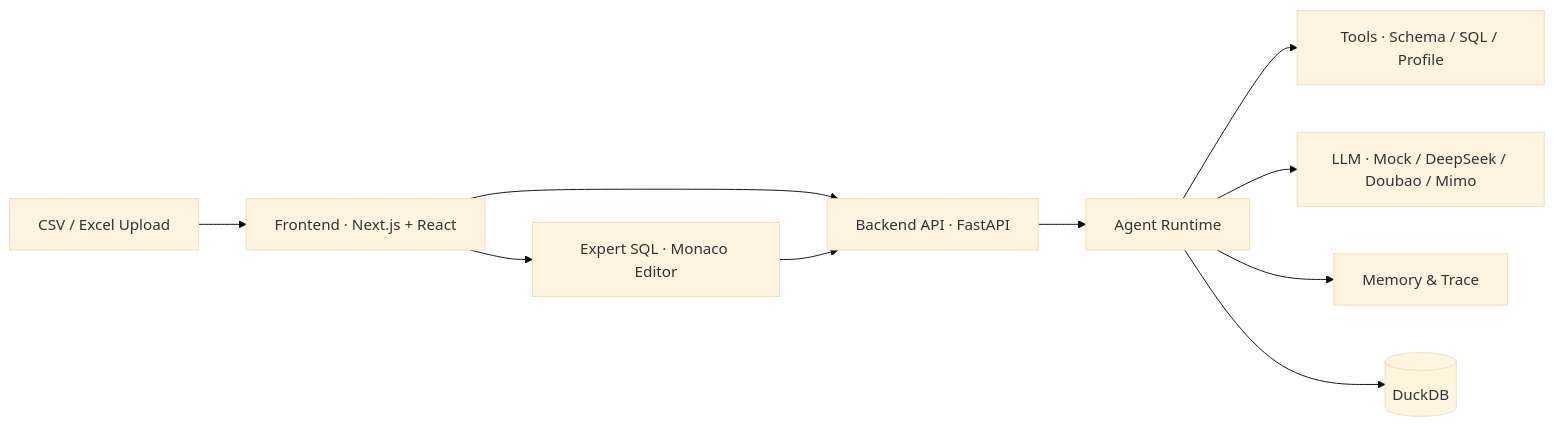
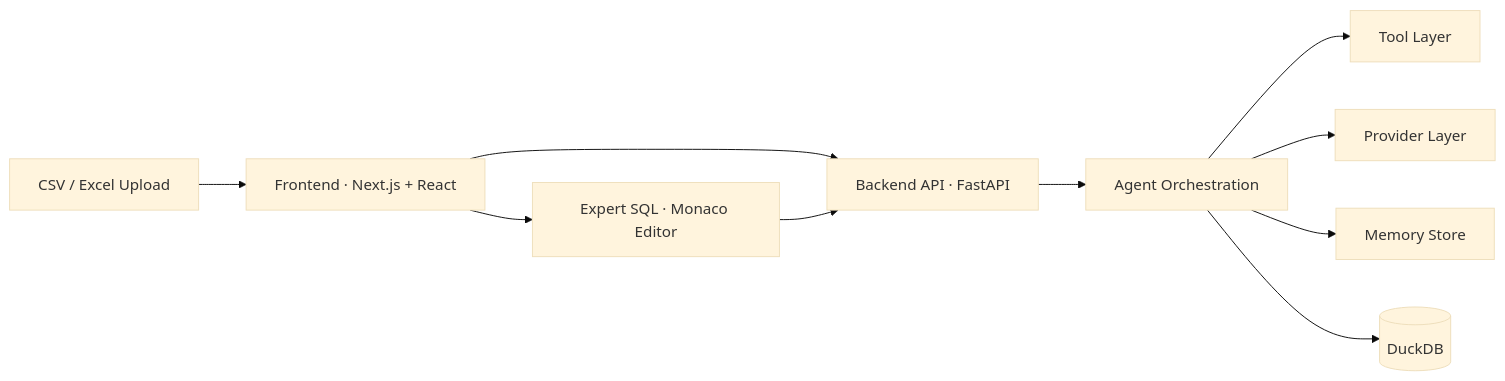
The diagram in README.en.md (Strange-Men/EnterpriseAiDataAgent), drawn with Mermaid (base theme) before and after one commit. The commit also changed other lines of this file and 1 other file, not shown here.

Commit message:
Docs: clarify LangChain single agent architecture

````diff
--- a/README.en.md
+++ b/README.en.md
@@ -64,12 +66,12 @@
 ```mermaid
 flowchart LR
     A[CSV / Excel Upload] --> B[Frontend · Next.js + React]
     B --> C[Backend API · FastAPI]
-    C --> D[Agent Runtime]
-    D --> E[Tools · Schema / SQL / Profile]
-    D --> F[LLM · Mock / DeepSeek / Doubao / Mimo]
-    D --> G[Memory & Trace]
+    C --> D[Agent Orchestration]
+    D --> E[Tool Layer]
+    D --> F[Provider Layer]
+    D --> G[Memory Store]
     D --> H[(DuckDB)]
     B --> I[Expert SQL · Monaco Editor]
     I --> C
 ```
````
